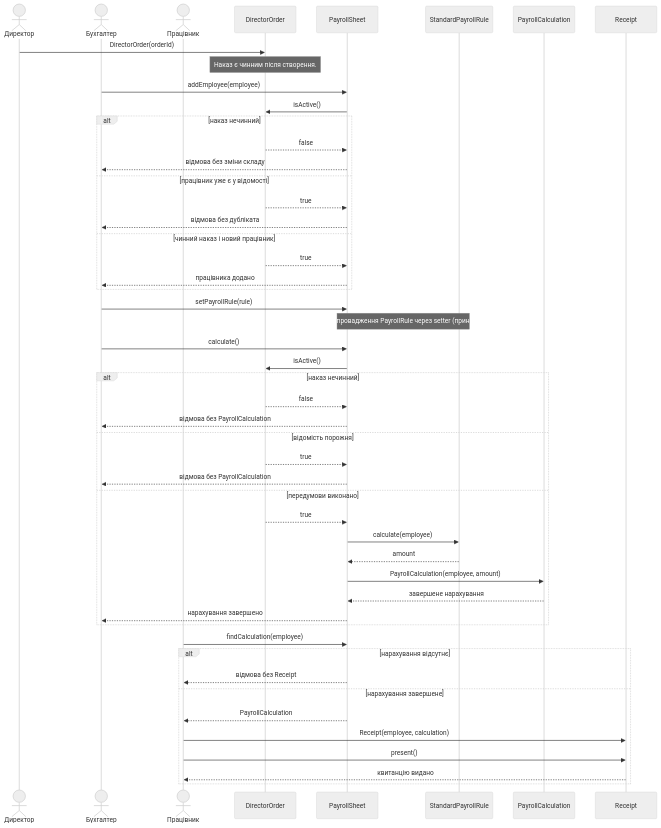
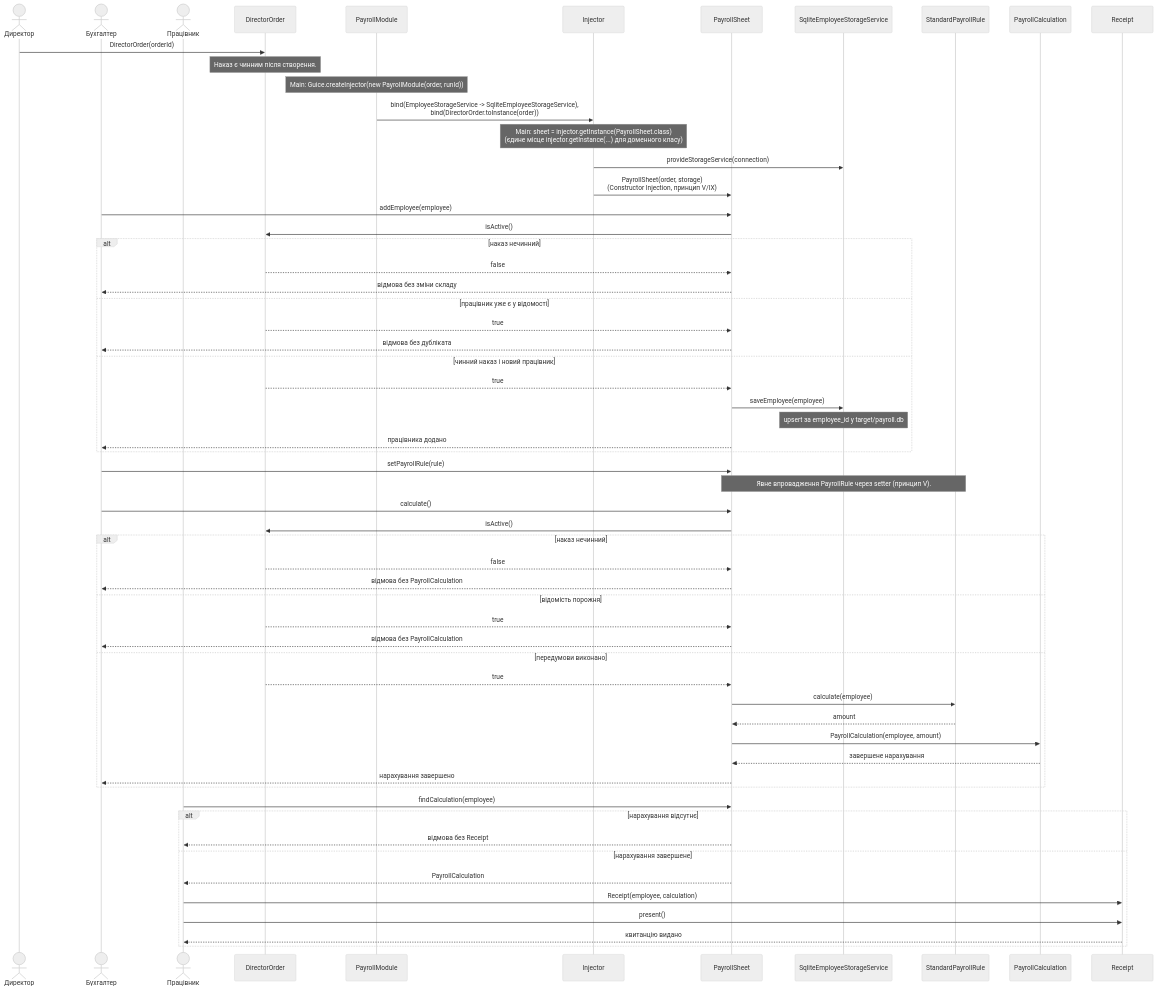
One commit to dmytro-ndp/payroll changed the diagram in docs/sequence.mmd. Above: the diagram before and after it, drawn with Mermaid (neutral theme). The commit also changed 19 other files, not shown here.

```diff
--- a/docs/sequence.mmd
+++ b/docs/sequence.mmd
@@ -1,54 +1,65 @@
 sequenceDiagram
     actor director as Директор
     actor accountant as Бухгалтер
     actor employee as Працівник
     participant order as DirectorOrder
+    participant module as PayrollModule
+    participant injector as Injector
     participant sheet as PayrollSheet
+    participant storage as SqliteEmployeeStorageService
     participant rule as StandardPayrollRule
     participant calculation as PayrollCalculation
     participant receipt as Receipt
 
     director->>order: DirectorOrder(orderId)
     Note over order: Наказ є чинним після створення.
+
+    Note over module: Main: Guice.createInjector(new PayrollModule(order, runId))
+    module->>injector: bind(EmployeeStorageService -> SqliteEmployeeStorageService),<br/>bind(DirectorOrder.toInstance(order))
+    Note over injector: Main: sheet = injector.getInstance(PayrollSheet.class)<br/>(єдине місце injector.getInstance(...) для доменного класу)
+    injector->>storage: provideStorageService(connection)
+    injector->>sheet: PayrollSheet(order, storage)<br/>(Constructor Injection, принцип V/IX)
 
     accountant->>sheet: addEmployee(employee)
     sheet->>order: isActive()
     alt наказ нечинний
         order-->>sheet: false
         sheet-->>accountant: відмова без зміни складу
     else працівник уже є у відомості
         order-->>sheet: true
         sheet-->>accountant: відмова без дубліката
     else чинний наказ і новий працівник
         order-->>sheet: true
+        sheet->>storage: saveEmployee(employee)
+        Note over storage: upsert за employee_id у target/payroll.db
         sheet-->>accountant: працівника додано
     end
 
     accountant->>sheet: setPayrollRule(rule)
     Note over sheet,rule: Явне впровадження PayrollRule через setter (принцип V).
     accountant->>sheet: calculate()
     sheet->>order: isActive()
     alt наказ нечинний
         order-->>sheet: false
         sheet-->>accountant: відмова без PayrollCalculation
     else відомість порожня
         order-->>sheet: true
         sheet-->>accountant: відмова без PayrollCalculation
     else передумови виконано
         order-->>sheet: true
         sheet->>rule: calculate(employee)
         rule-->>sheet: amount
         sheet->>calculation: PayrollCalculation(employee, amount)
         calculation-->>sheet: завершене нарахування
         sheet-->>accountant: нарахування завершено
     end
 
     employee->>sheet: findCalculation(employee)
     alt нарахування відсутнє
         sheet-->>employee: відмова без Receipt
     else нарахування завершене
         sheet-->>employee: PayrollCalculation
         employee->>receipt: Receipt(employee, calculation)
         employee->>receipt: present()
         receipt-->>employee: квитанцію видано
     end
```
